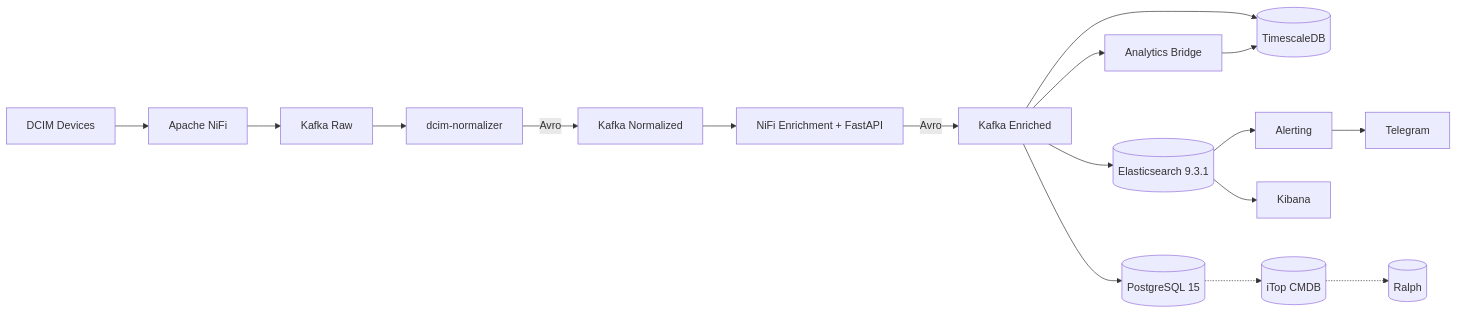
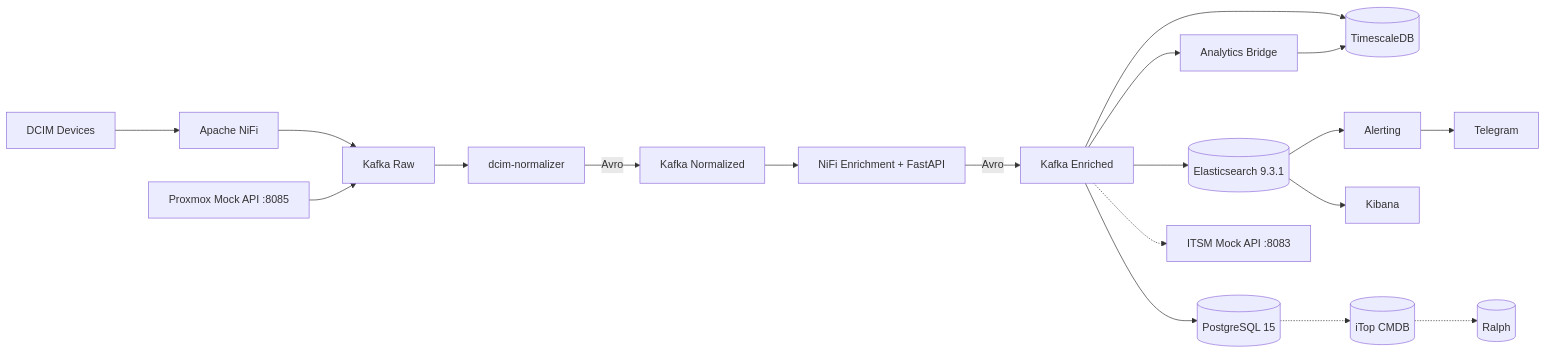
One commit to Chefinox/DCIM_SRV_DATA_COLLECTION changed the diagram in README.md. Above: the diagram before and after it, drawn with Mermaid. The commit also changed other lines of this file and 142 other files, not shown here.

Commit message:
docs: release v4.8.0 pipeline architecture, update README, complete DI&I gap closure, and reorganize legacy docs

````diff
--- a/README.md
+++ b/README.md
@@ -14,24 +14,27 @@
 ```mermaid
 flowchart LR
     Device[DCIM Devices] --> NiFi[Apache NiFi]
     NiFi --> KRaw[Kafka Raw]
+    VM[Proxmox Mock API :8085] --> KRaw
     KRaw --> Norm[dcim-normalizer]
     Norm -- Avro --> KNorm[Kafka Normalized]
     
     KNorm --> Enrich[NiFi Enrichment + FastAPI]
     Enrich -- Avro --> KEnriched[Kafka Enriched]
     
     KEnriched --> ES[(Elasticsearch 9.3.1)]
     KEnriched --> PG[(PostgreSQL 15)]
     KEnriched --> TSDB[(TimescaleDB)]
     
     PG -.-> iTop[(iTop CMDB)]
     iTop -.-> Ralph[(Ralph)]
     
     KEnriched --> Bridge[Analytics Bridge]
     Bridge --> TSDB
     
     ES --> Kibana[Kibana]
     ES --> Alert[Alerting]
     Alert --> TG[Telegram]
+    
+    KEnriched -.-> ITSM[ITSM Mock API :8083]
 ```
````
